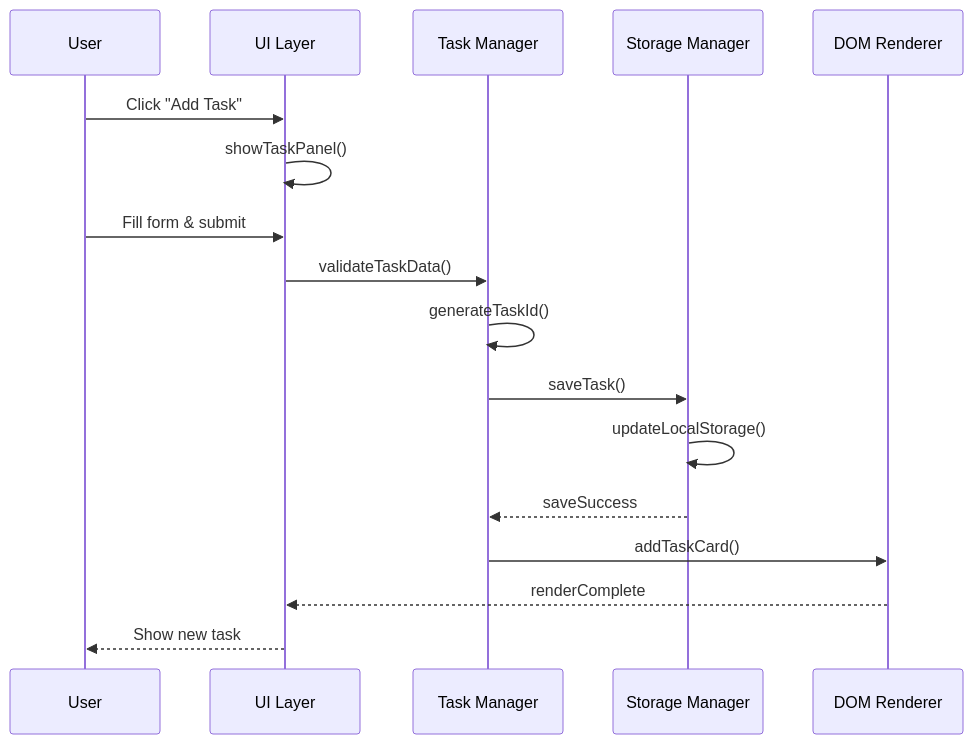
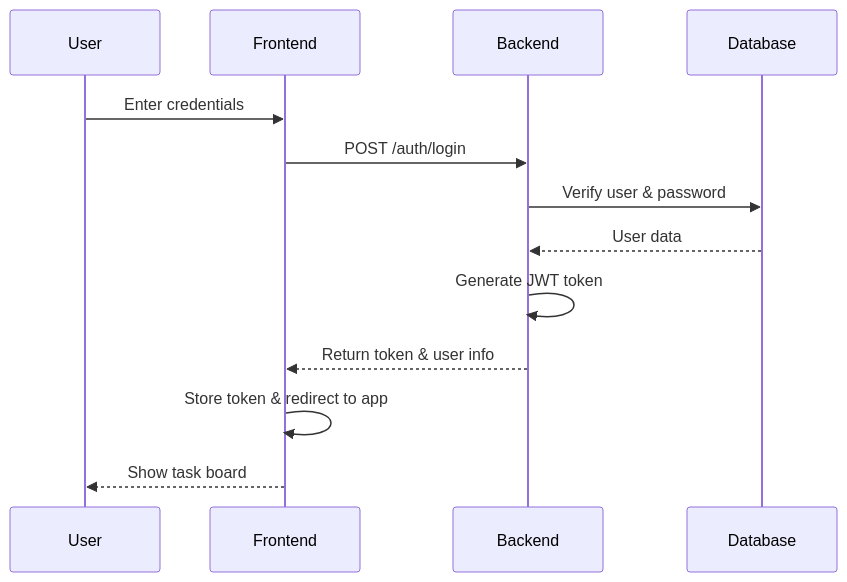
The second of 6 diagrams in ARCHITECTURE.md (dnhuang/teg-tms), drawn with Mermaid before and after one commit. The commit also changed other lines of this file and 1 other file, not shown here.

Commit message:
update README and ARCHITECTURE docs

````diff
--- a/ARCHITECTURE.md
+++ b/ARCHITECTURE.md
@@ -170,20 +135,16 @@
 ```mermaid
 sequenceDiagram
     participant User
-    participant UI as UI Layer
-    participant TaskMgr as Task Manager
-    participant Storage as Storage Manager
-    participant DOM as DOM Renderer
-
-    User->>UI: Click "Add Task"
-    UI->>UI: showTaskPanel()
-    User->>UI: Fill form & submit
-    UI->>TaskMgr: validateTaskData()
-    TaskMgr->>TaskMgr: generateTaskId()
-    TaskMgr->>Storage: saveTask()
-    Storage->>Storage: updateLocalStorage()
-    Storage-->>TaskMgr: saveSuccess
-    TaskMgr->>DOM: addTaskCard()
-    DOM-->>UI: renderComplete
-    UI-->>User: Show new task
+    participant Frontend
+    participant Backend
+    participant Database
+    
+    User->>Frontend: Enter credentials
+    Frontend->>Backend: POST /auth/login
+    Backend->>Database: Verify user & password
+    Database-->>Backend: User data
+    Backend->>Backend: Generate JWT token
+    Backend-->>Frontend: Return token & user info
+    Frontend->>Frontend: Store token & redirect to app
+    Frontend-->>User: Show task board
 ```
````
